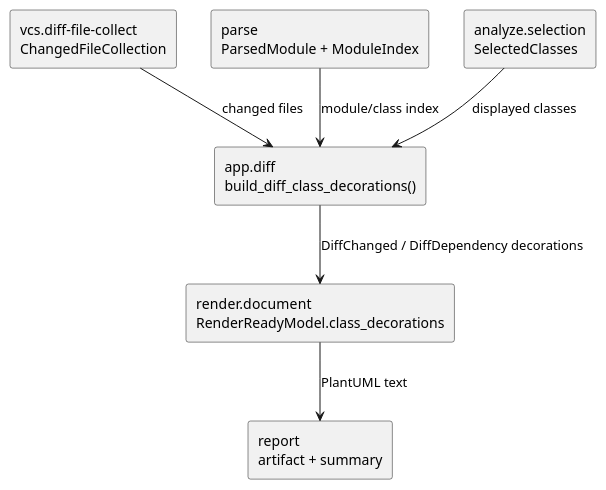
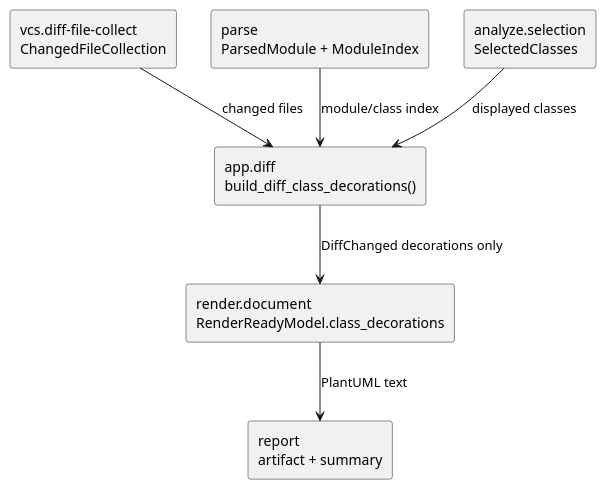
One commit to chemitaro/pyclassuml changed the diagram in spec-dock/initiatives/init-00001-pyclassuml-prototype/epics/epic-00004-framework-render-report/issues/iss-00033-render-diff-class-colorization/design.md. Above: the diagram before and after it, drawn with PlantUML. The commit also changed other lines of this file and 17 other files, not shown here.

````diff
--- a/spec-dock/initiatives/init-00001-pyclassuml-prototype/epics/epic-00004-framework-render-report/issues/iss-00033-render-diff-class-colorization/design.md
+++ b/spec-dock/initiatives/init-00001-pyclassuml-prototype/epics/epic-00004-framework-render-report/issues/iss-00033-render-diff-class-colorization/design.md
@@ -84,17 +88,17 @@
 ```plantuml
 @startuml
 top to bottom direction
 rectangle "vcs.diff-file-collect\nChangedFileCollection" as vcs
 rectangle "parse\nParsedModule + ModuleIndex" as parse
 rectangle "analyze.selection\nSelectedClasses" as selection
 rectangle "app.diff\nbuild_diff_class_decorations()" as app
 rectangle "render.document\nRenderReadyModel.class_decorations" as render
 rectangle "report\nartifact + summary" as report
 
 vcs --> app : changed files
 parse --> app : module/class index
 selection --> app : displayed classes
-app --> render : DiffChanged / DiffDependency decorations
+app --> render : DiffChanged decorations only
 render --> report : PlantUML text
 @enduml
 ```
````
